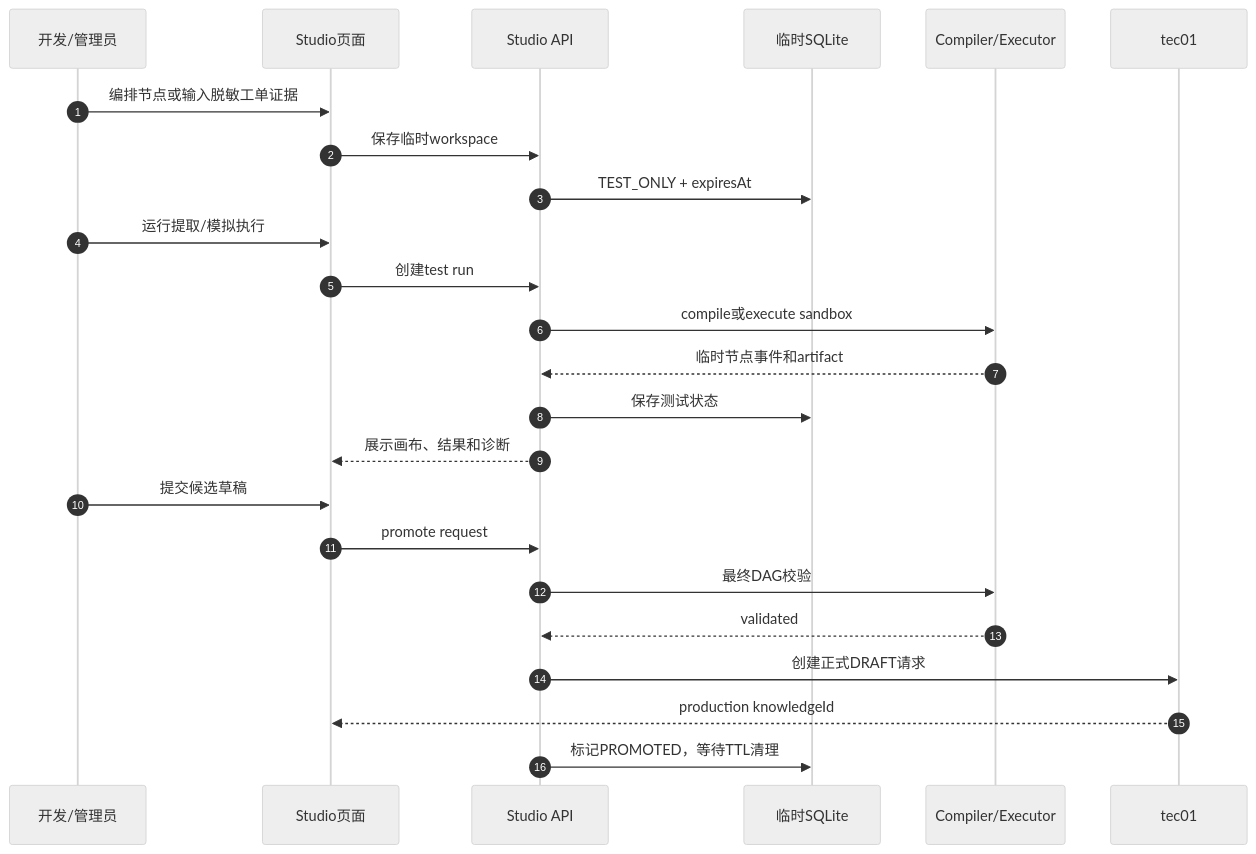
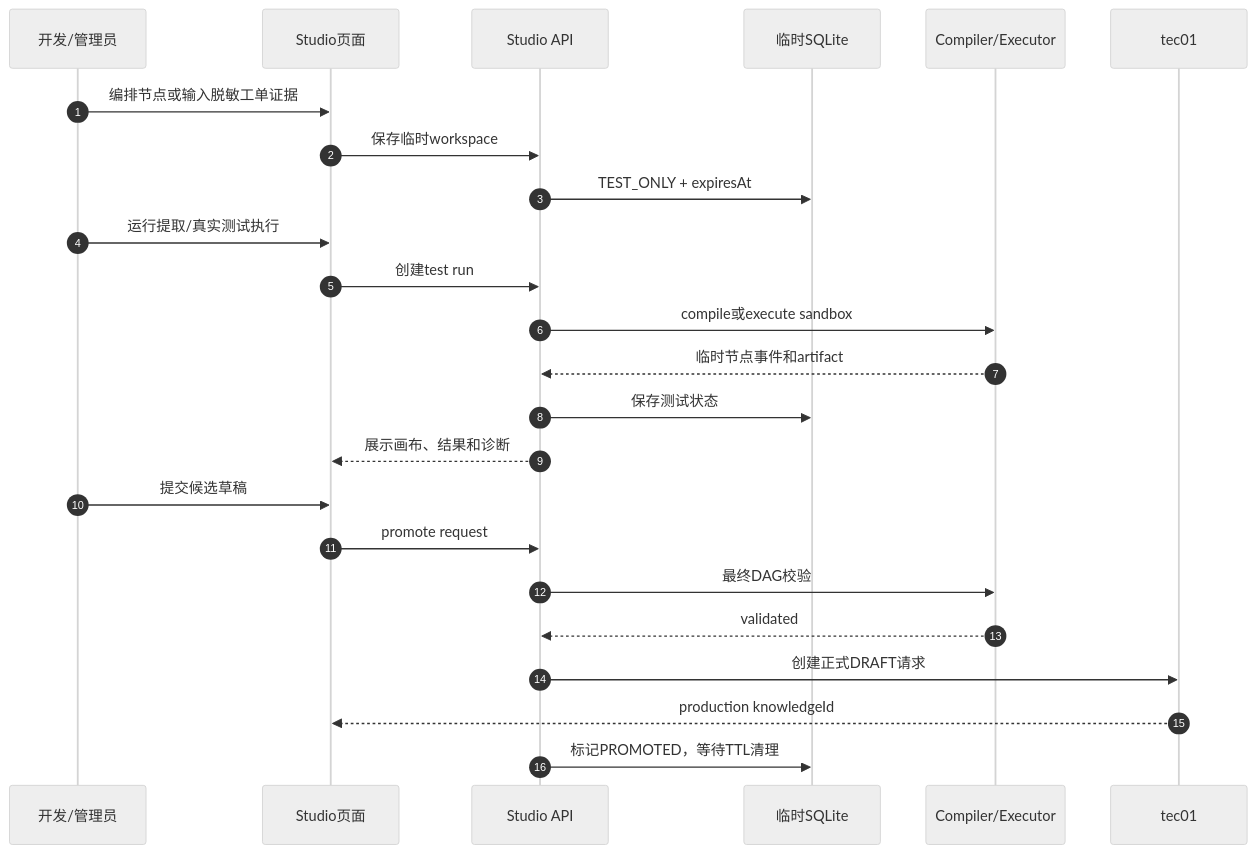
One commit to armin1024/itsm-workflow changed the seventh of 7 diagrams in docs/tec01-control-plane-split.md. Above: the diagram before and after it, drawn with Mermaid (neutral theme). The commit also changed other lines of this file and 6 other files, not shown here.

Commit message:
docs: align tec01 control and runtime flows

````diff
--- a/docs/tec01-control-plane-split.md
+++ b/docs/tec01-control-plane-split.md
@@ -641,27 +673,27 @@
 ```mermaid
 sequenceDiagram
     autonumber
     participant D as 开发/管理员
     participant UI as Studio页面
     participant API as Studio API
     participant DB as 临时SQLite
     participant R as Compiler/Executor
     participant T as tec01
 
     D->>UI: 编排节点或输入脱敏工单证据
     UI->>API: 保存临时workspace
     API->>DB: TEST_ONLY + expiresAt
-    D->>UI: 运行提取/模拟执行
+    D->>UI: 运行提取/真实测试执行
     UI->>API: 创建test run
     API->>R: compile或execute sandbox
     R-->>API: 临时节点事件和artifact
     API->>DB: 保存测试状态
     API-->>UI: 展示画布、结果和诊断
     D->>UI: 提交候选草稿
     UI->>API: promote request
     API->>R: 最终DAG校验
     R-->>API: validated
     API->>T: 创建正式DRAFT请求
     T-->>UI: production knowledgeId
     API->>DB: 标记PROMOTED，等待TTL清理
 ```
````
